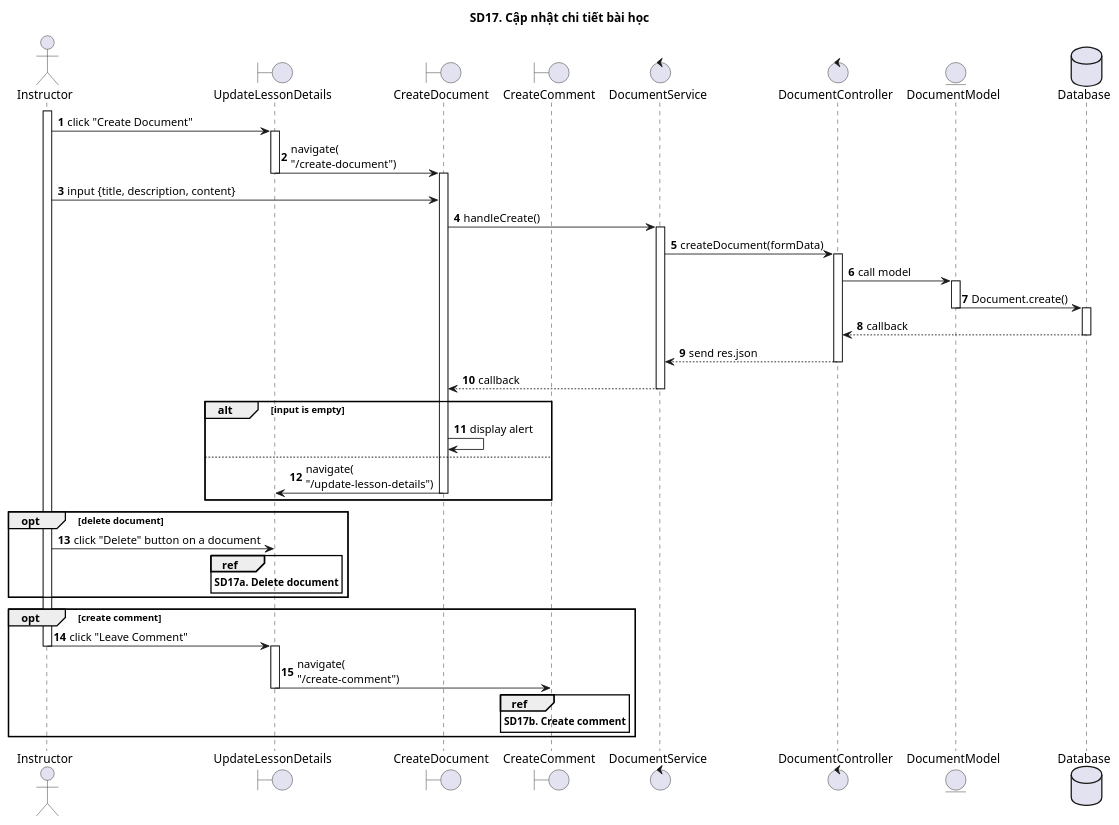
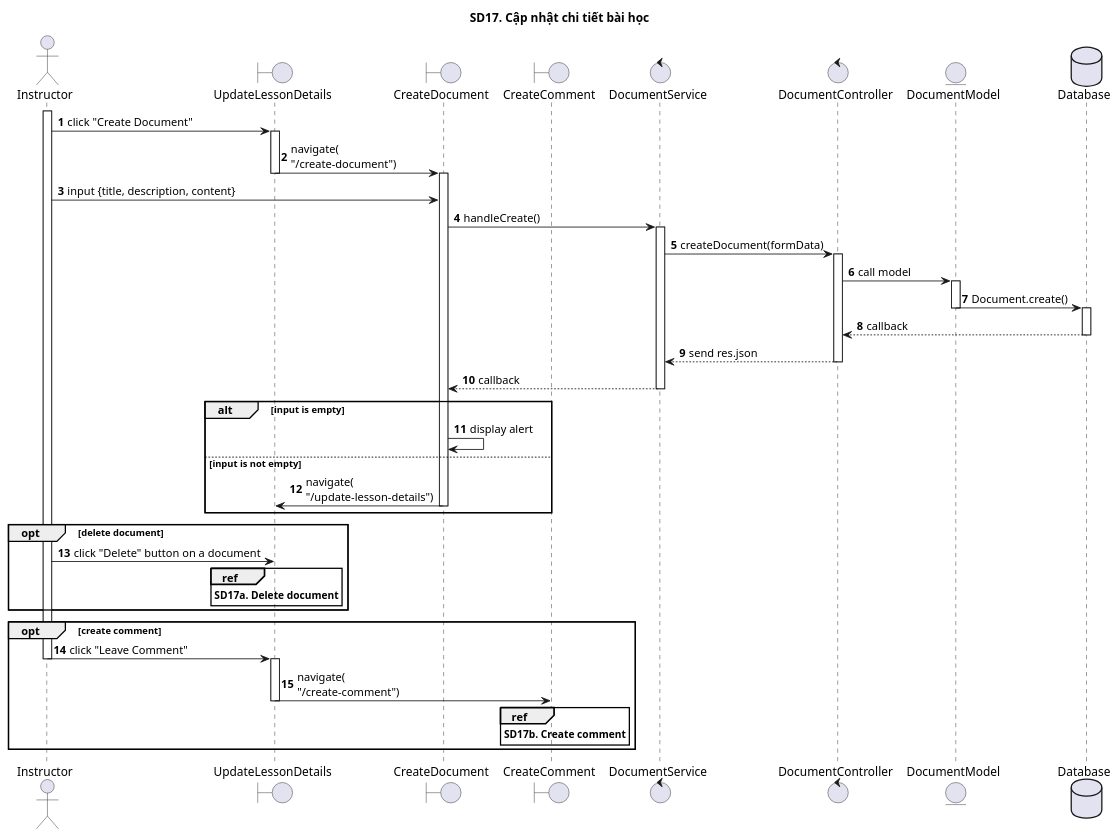
Before and after one commit to The-Cookies-Team/UML-Diagrams: the diagram in SequenceDiagrams/CNPMHDT/New/sd17.puml, drawn with PlantUML. The commit also changed 1 other file, not shown here.

```diff
--- a/SequenceDiagrams/CNPMHDT/New/sd17.puml
+++ b/SequenceDiagrams/CNPMHDT/New/sd17.puml
@@ -1,62 +1,62 @@
 @startuml SQ
 
 autonumber
 
 title SD17. Cập nhật chi tiết bài học
 
 actor "Instructor"
 boundary "UpdateLessonDetails"
 boundary "CreateDocument"
 boundary "CreateComment"
 control "DocumentService"
 control "DocumentController"
 entity "DocumentModel"
 database "Database" as Database
 activate Instructor
 Instructor -> UpdateLessonDetails: click "Create Document"
 activate UpdateLessonDetails
 UpdateLessonDetails -> CreateDocument: navigate(\n"/create-document")
 deactivate UpdateLessonDetails
 activate CreateDocument
 Instructor -> CreateDocument: input {title, description, content}
 CreateDocument -> DocumentService: handleCreate()
 activate DocumentService
 DocumentService -> DocumentController: createDocument(formData)
 activate DocumentController
 DocumentController -> DocumentModel: call model
 activate DocumentModel
 DocumentModel -> Database: Document.create()
 deactivate DocumentModel
 activate Database
 Database --> DocumentController: callback
 deactivate Database
 DocumentController --> DocumentService: send res.json
 deactivate DocumentController
 DocumentService --> CreateDocument: callback
 deactivate DocumentService
 
 alt input is empty
 CreateDocument -> CreateDocument: display alert
-else
+else input is not empty
 CreateDocument -> UpdateLessonDetails: navigate(\n"/update-lesson-details")
 deactivate CreateDocument
 end
 
 opt delete document
 Instructor -> UpdateLessonDetails: click "Delete" button on a document
 ref over UpdateLessonDetails
 **SD17a. Delete document**
 end ref
 end
 
 opt create comment
 Instructor -> UpdateLessonDetails: click "Leave Comment"
 deactivate Instructor
 activate UpdateLessonDetails
 UpdateLessonDetails -> CreateComment: navigate(\n"/create-comment")
 deactivate UpdateLessonDetails
 ref over CreateComment
 **SD17b. Create comment**
 end ref
 end
 @enduml
```
